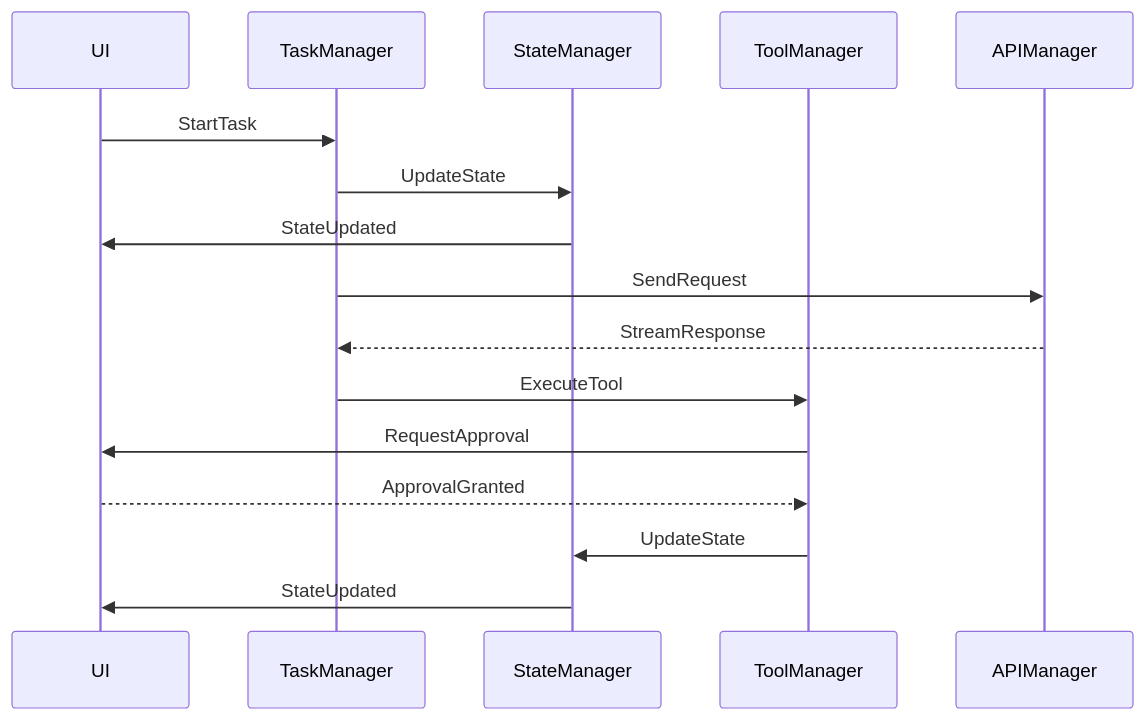
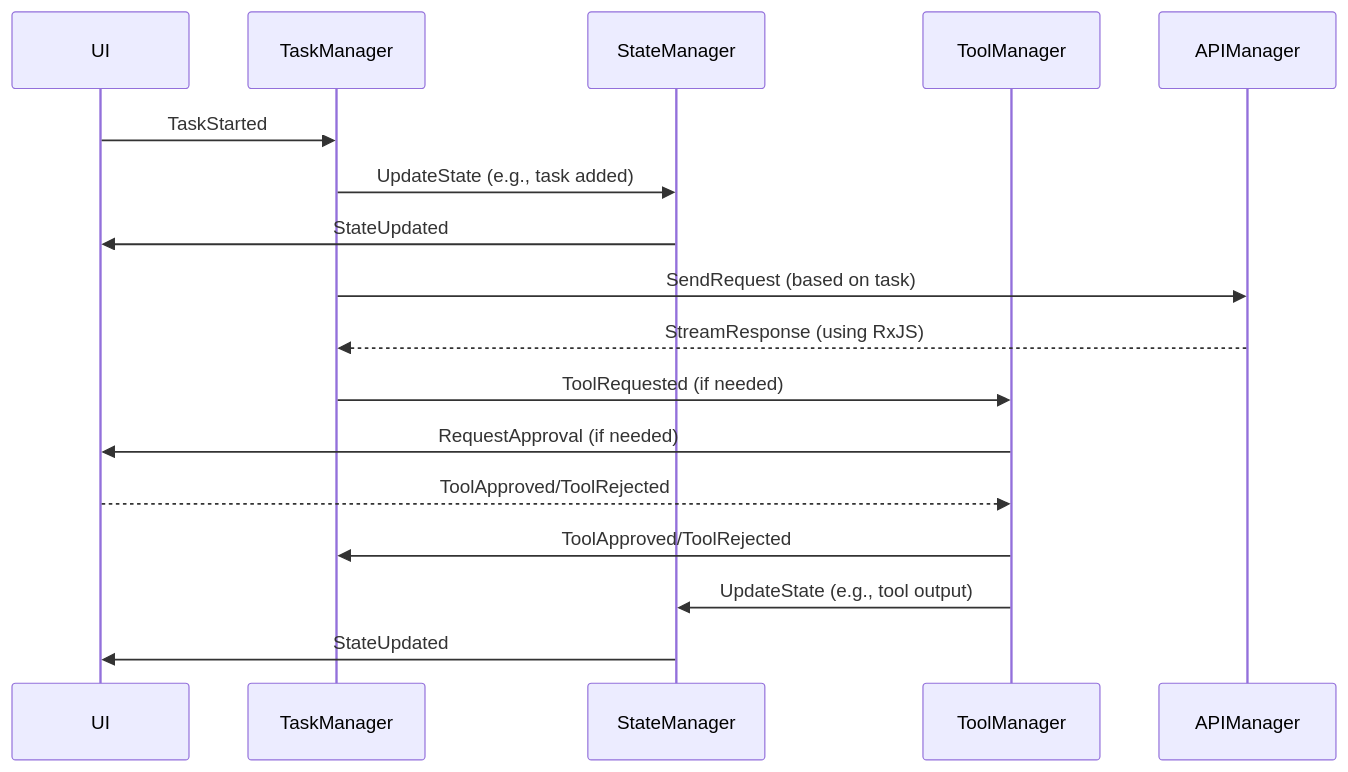
Before and after one commit to julesmons/cline: the diagram in implementation-plan.md, drawn with Mermaid. The commit also changed other lines of this file, not shown here.

````diff
--- a/implementation-plan.md
+++ b/implementation-plan.md
@@ -84,19 +123,20 @@
 ```mermaid
 sequenceDiagram
     participant UI
     participant TaskManager
     participant StateManager
     participant ToolManager
     participant APIManager
 
-    UI->>TaskManager: StartTask
-    TaskManager->>StateManager: UpdateState
+    UI->>TaskManager: TaskStarted
+    TaskManager->>StateManager: UpdateState (e.g., task added)
     StateManager->>UI: StateUpdated
-    TaskManager->>APIManager: SendRequest
-    APIManager-->>TaskManager: StreamResponse
-    TaskManager->>ToolManager: ExecuteTool
-    ToolManager->>UI: RequestApproval
-    UI-->>ToolManager: ApprovalGranted
-    ToolManager->>StateManager: UpdateState
+    TaskManager->>APIManager: SendRequest (based on task)
+    APIManager-->>TaskManager: StreamResponse (using RxJS)
+    TaskManager->>ToolManager: ToolRequested (if needed)
+    ToolManager->>UI: RequestApproval (if needed)
+    UI-->>ToolManager: ToolApproved/ToolRejected
+    ToolManager->>TaskManager: ToolApproved/ToolRejected
+    ToolManager->>StateManager: UpdateState (e.g., tool output)
     StateManager->>UI: StateUpdated
 ```
````
